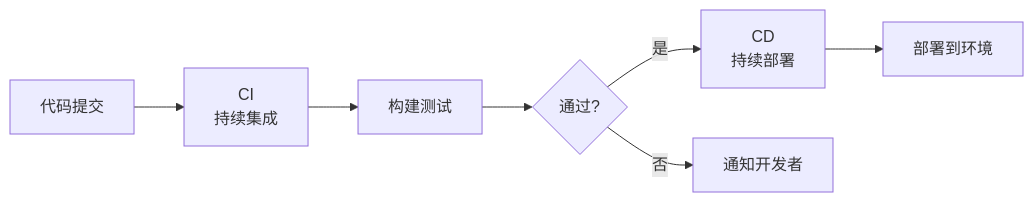
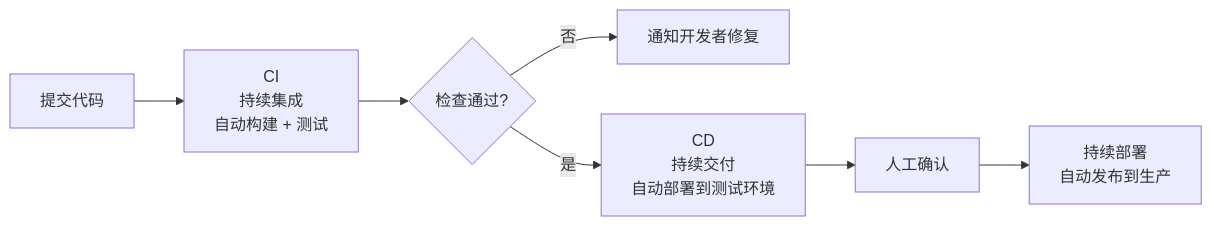
Before and after one commit to before80/prgms: the sixth of 6 diagrams in content/linux/version_ctrl/Chapter-56-Git-Advanced.md, drawn with Mermaid. The commit also changed other lines of this file and 1645 other files, not shown here.

````diff
--- a/content/linux/version_ctrl/Chapter-56-Git-Advanced.md
+++ b/content/linux/version_ctrl/Chapter-56-Git-Advanced.md
@@ -439,9 +772,9 @@
 ```mermaid
 graph LR
-    A[代码提交] --> B[CI<br/>持续集成]
-    B --> C[构建测试]
-    C --> D{通过?}
-    D -->|是| E[CD<br/>持续部署]
-    D -->|否| F[通知开发者]
-    E --> G[部署到环境]
+    A["提交代码"] --> B["CI<br>持续集成<br>自动构建 + 测试"]
+    B --> C{"检查通过?"}
+    C -->|否| D["通知开发者修复"]
+    C -->|是| E["CD<br>持续交付<br>自动部署到测试环境"]
+    E --> F["人工确认"]
+    F --> G["持续部署<br>自动发布到生产"]
 ```
````
